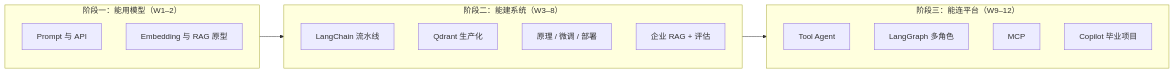
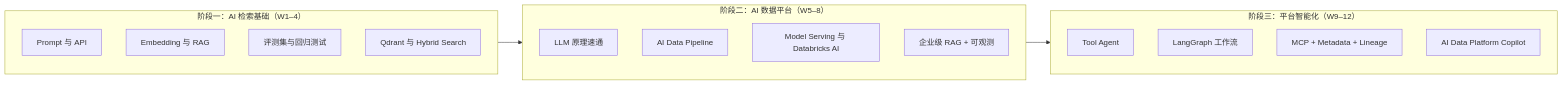
Before and after one commit to sgqzj2000/ai-learning: the diagram in README.md, drawn with Mermaid. The commit also changed other lines of this file, not shown here.

First line of the commit message:
Align 12-week README with AI Data and Platform Engineer path

````diff
--- a/README.md
+++ b/README.md
@@ -53,20 +54,22 @@
 ```mermaid
 flowchart LR
-  subgraph P1["阶段一：能用模型（W1–2）"]
+  subgraph P1["阶段一：AI 检索基础（W1–4）"]
     A1[Prompt 与 API]
-    A2[Embedding 与 RAG 原型]
+    A2[Embedding 与 RAG]
+    A3[评测集与回归测试]
+    A4[Qdrant 与 Hybrid Search]
   end
-  subgraph P2["阶段二：能建系统（W3–8）"]
-    B1[LangChain 流水线]
-    B2[Qdrant 生产化]
-    B3[原理 / 微调 / 部署]
-    B4[企业 RAG + 评估]
+  subgraph P2["阶段二：AI 数据平台（W5–8）"]
+    B1[LLM 原理速通]
+    B2[AI Data Pipeline]
+    B3[Model Serving 与 Databricks AI]
+    B4[企业级 RAG + 可观测]
   end
-  subgraph P3["阶段三：能连平台（W9–12）"]
+  subgraph P3["阶段三：平台智能化（W9–12）"]
     C1[Tool Agent]
-    C2[LangGraph 多角色]
-    C3[MCP]
-    C4[Copilot 毕业项目]
+    C2[LangGraph 工作流]
+    C3[MCP + Metadata + Lineage]
+    C4[AI Data Platform Copilot]
   end
   P1 --> P2 --> P3
 ```
````
